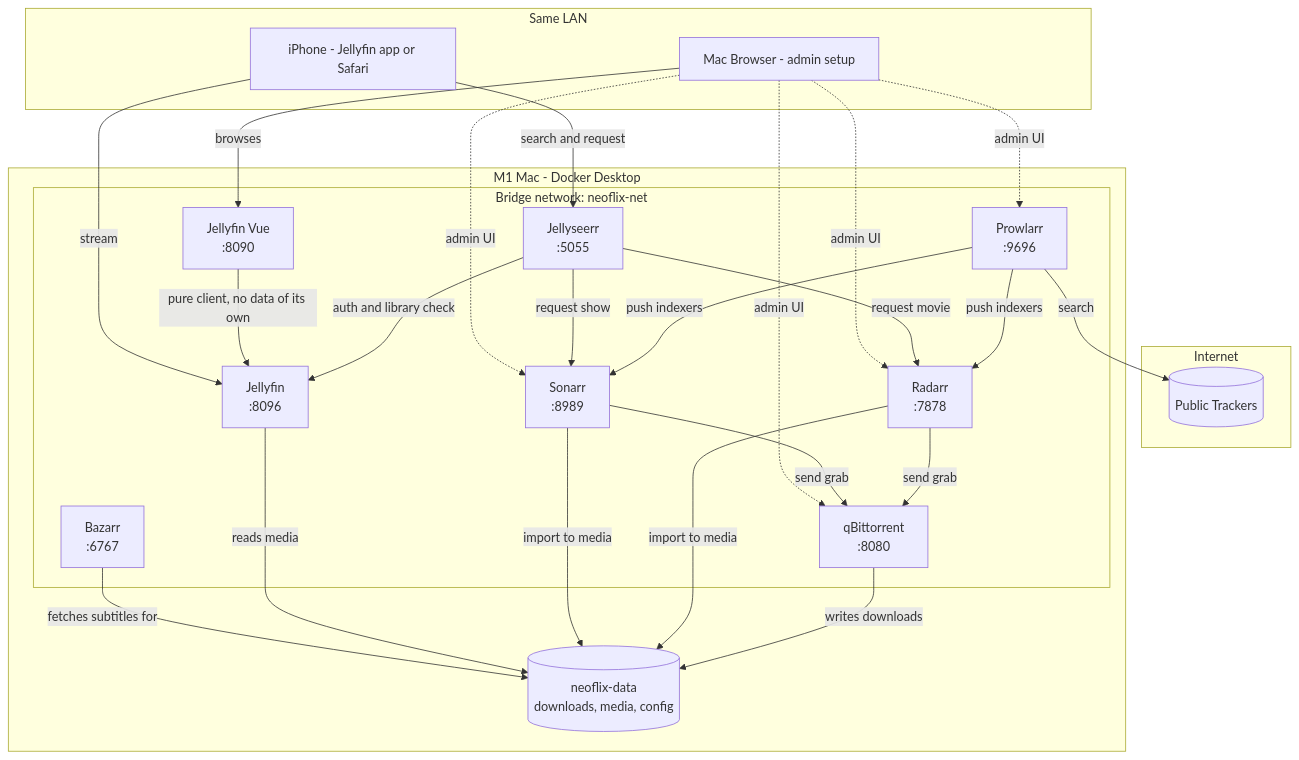
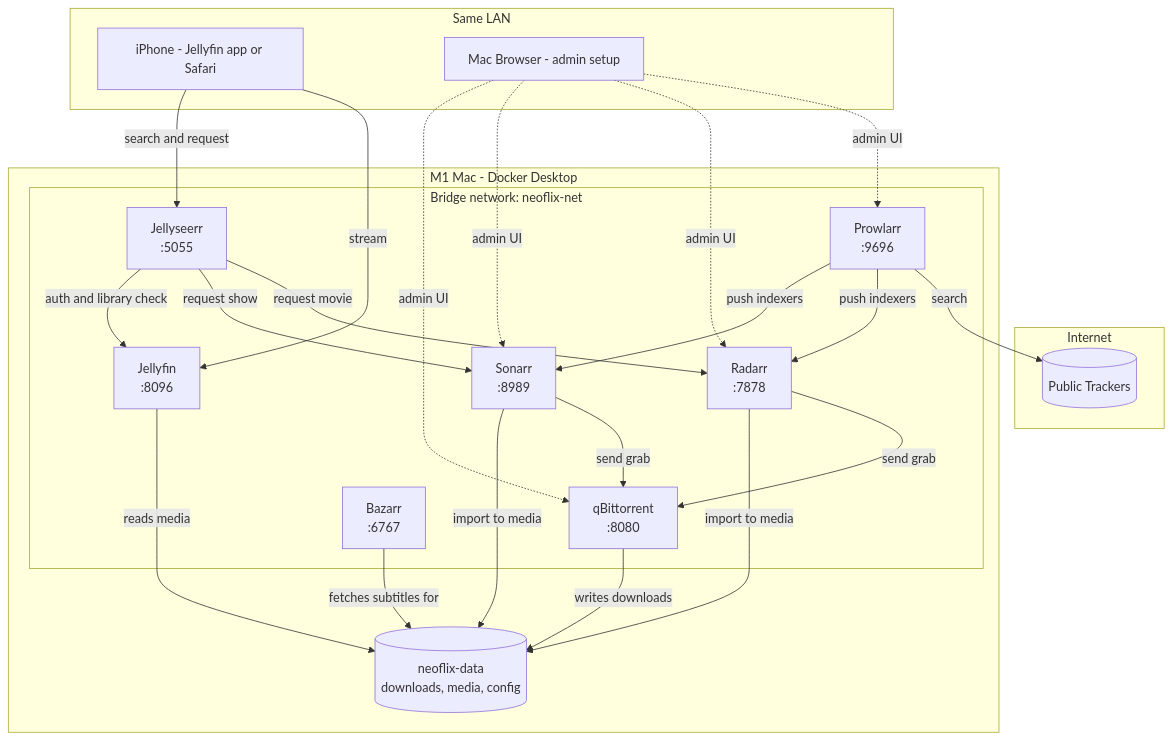
Before and after one commit to adarshsingh1407/neoflix: the first of 3 diagrams in HLD.md, drawn with Mermaid. The commit also changed other lines of this file and 14 other files, not shown here.

````diff
--- a/HLD.md
+++ b/HLD.md
@@ -11,48 +11,45 @@
 ```mermaid
 flowchart TB
     subgraph internet["Internet"]
         trackers[("Public Trackers")]
     end
 
     subgraph mac["M1 Mac - Docker Desktop"]
         subgraph net["Bridge network: neoflix-net"]
             prowlarr["Prowlarr<br>:9696"]
             radarr["Radarr<br>:7878"]
             sonarr["Sonarr<br>:8989"]
             qbit["qBittorrent<br>:8080"]
             jellyseerr["Jellyseerr<br>:5055"]
             jellyfin["Jellyfin<br>:8096"]
             bazarr["Bazarr<br>:6767"]
-            jfvue["Jellyfin Vue<br>:8090"]
         end
 
         data[("neoflix-data<br>downloads, media, config")]
     end
 
     subgraph lan["Same LAN"]
         iphone["iPhone - Jellyfin app or Safari"]
         macbrowser["Mac Browser - admin setup"]
     end
 
     prowlarr -- search --> trackers
     prowlarr -- push indexers --> radarr
     prowlarr -- push indexers --> sonarr
     radarr -- send grab --> qbit
     sonarr -- send grab --> qbit
     qbit -- writes downloads --> data
     radarr -- import to media --> data
     sonarr -- import to media --> data
     jellyfin -- reads media --> data
     bazarr -- fetches subtitles for --> data
     jellyseerr -- request movie --> radarr
     jellyseerr -- request show --> sonarr
     jellyseerr -- auth and library check --> jellyfin
-    jfvue -- pure client, no data of its own --> jellyfin
     iphone -- stream --> jellyfin
     iphone -- search and request --> jellyseerr
     macbrowser -.admin UI.-> prowlarr
     macbrowser -.admin UI.-> radarr
     macbrowser -.admin UI.-> sonarr
     macbrowser -.admin UI.-> qbit
-    macbrowser -- browses --> jfvue
 ```
````
